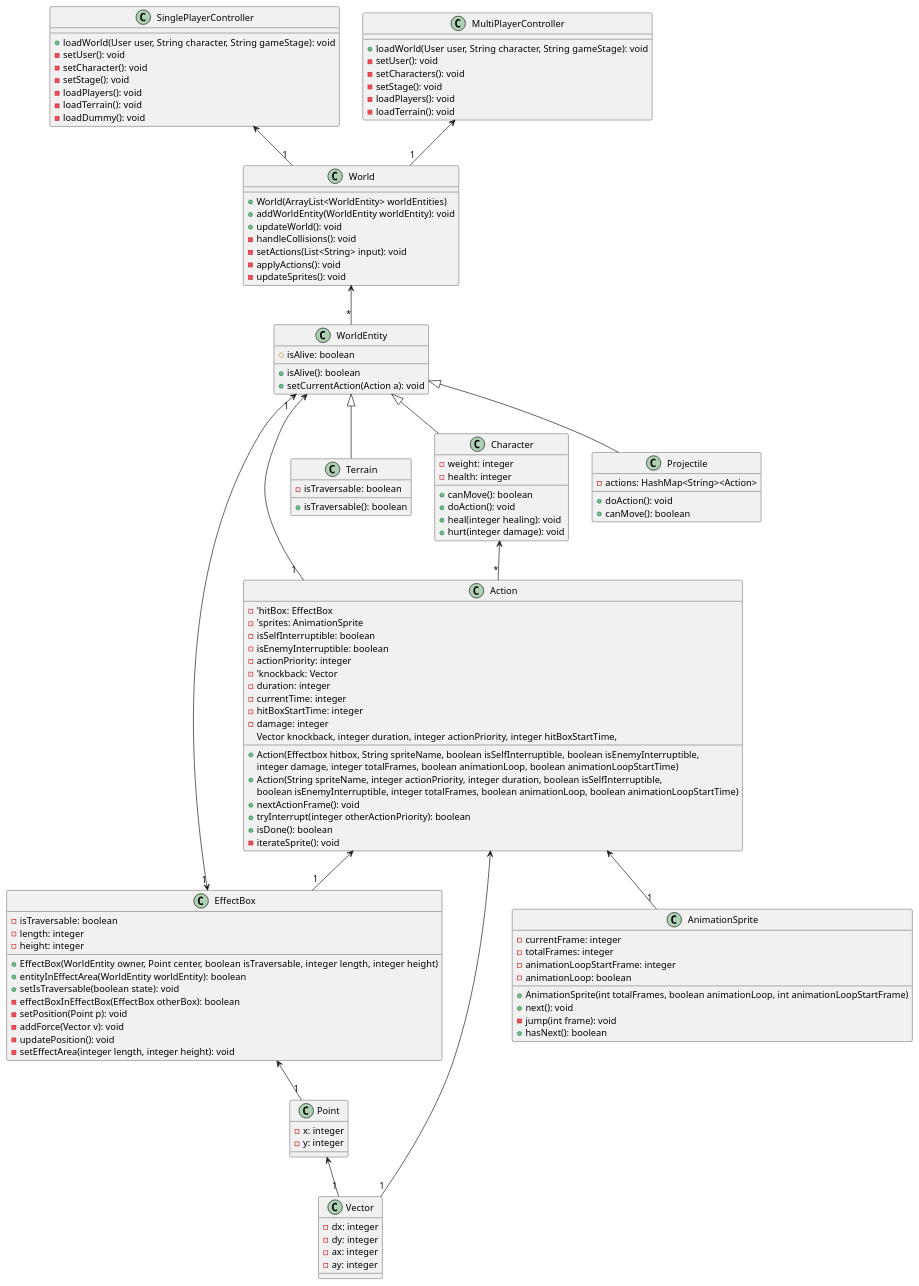
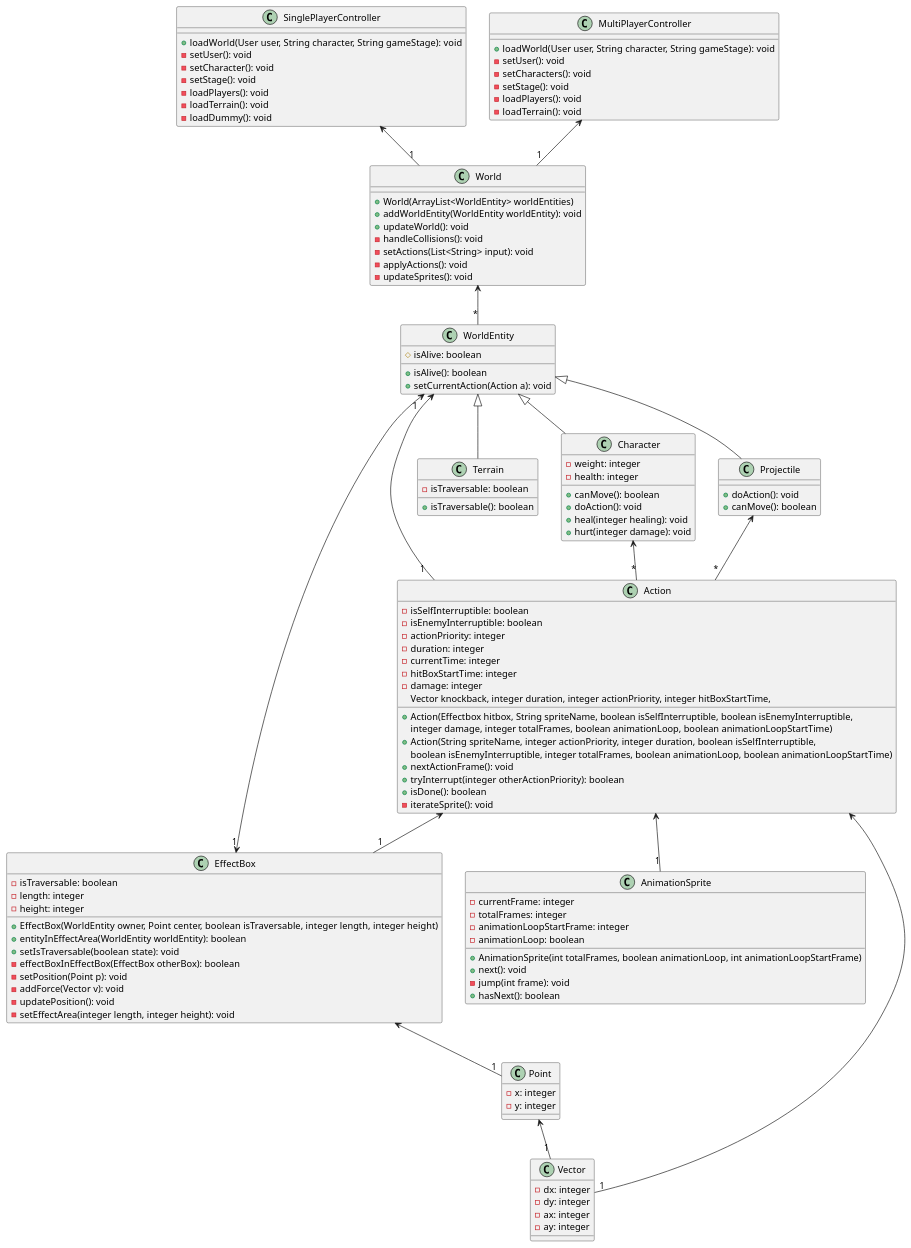
The diagram in gr2201/docs/release2/diagrams/ClassDiagram.puml (sandviklee/NTNU-FIGHTERZ), drawn with PlantUML before and after one commit. The commit also changed 3 other files, not shown here.

```diff
--- a/gr2201/docs/release2/diagrams/ClassDiagram.puml
+++ b/gr2201/docs/release2/diagrams/ClassDiagram.puml
@@ -1,142 +1,143 @@
 @startuml ClassDiagram
 'This class is good to go, all that is required is figuring out visibility of hasNext
 class AnimationSprite {
     - currentFrame: integer
     - totalFrames: integer
     - animationLoopStartFrame: integer
     - animationLoop: boolean
     + AnimationSprite(int totalFrames, boolean animationLoop, int animationLoopStartFrame)
     + next(): void
     - jump(int frame): void
     + hasNext(): boolean
 }
 'First draft
 class SinglePlayerController {
     '- world: World
     + loadWorld(User user, String character, String gameStage): void
     - setUser(): void
     - setCharacter(): void
     - setStage(): void
     - loadPlayers(): void
     - loadTerrain(): void
     - loadDummy(): void
 }
 'First draft
 class MultiPlayerController {
     '- world: World
     + loadWorld(User user, String character, String gameStage): void
     - setUser(): void
     - setCharacters(): void
     - setStage(): void
     - loadPlayers(): void
     - loadTerrain(): void
 }
 'First iteration, done for now.
 class World {
     '- worldEntities: ArrayList<WorldEntity>
     + World(ArrayList<WorldEntity> worldEntities)
     + addWorldEntity(WorldEntity worldEntity): void
     + updateWorld(): void
     - handleCollisions(): void
     - setActions(List<String> input): void
     - applyActions(): void
     - updateSprites(): void
 }
 'Work in progress, current draft, done for now.
 class Action {
-    - 'hitBox: EffectBox
-    - 'sprites: AnimationSprite
+    '- hitBox: EffectBox
+    '- sprites: AnimationSprite
     - isSelfInterruptible: boolean
     - isEnemyInterruptible: boolean
     - actionPriority: integer
-    - 'knockback: Vector
+    '- knockback: Vector
     - duration: integer
     - currentTime: integer
     - hitBoxStartTime: integer
     - damage: integer
     + Action(Effectbox hitbox, String spriteName, boolean isSelfInterruptible, boolean isEnemyInterruptible,
     Vector knockback, integer duration, integer actionPriority, integer hitBoxStartTime,
     integer damage, integer totalFrames, boolean animationLoop, boolean animationLoopStartTime)
     + Action(String spriteName, integer actionPriority, integer duration, boolean isSelfInterruptible,
     boolean isEnemyInterruptible, integer totalFrames, boolean animationLoop, boolean animationLoopStartTime)
     + nextActionFrame(): void
     + tryInterrupt(integer otherActionPriority): boolean
     + isDone(): boolean
     - iterateSprite(): void
 }
 'In progress, will depend on some other classes. Done for now.
 class EffectBox {
     '- owner: WorldEntity
     '- center: Point
     - isTraversable: boolean
     - length: integer
     - height: integer
     + EffectBox(WorldEntity owner, Point center, boolean isTraversable, integer length, integer height)
     + entityInEffectArea(WorldEntity worldEntity): boolean
     + setIsTraversable(boolean state): void
     - effectBoxInEffectBox(EffectBox otherBox): boolean
     - setPosition(Point p): void
     - addForce(Vector v): void
     - updatePosition(): void
     - setEffectArea(integer length, integer height): void
 }
 'Not implemented yet, needs work.
 class Vector {
     - dx: integer
     - dy: integer
     - ax: integer
     - ay: integer
 }
 'Not implemented yet, needs work.
 class Point {
     - x: integer
     - y: integer
     '- speed: Vector
 }
 'Might need id. Deemed unnecessary for now.
 class WorldEntity {
     '# hurtBox: EffectBox
     '# currentAction: Action
     # isAlive: boolean
     + isAlive(): boolean
     + setCurrentAction(Action a): void
 }
 'Done
 class Terrain {
     - isTraversable: boolean
     + isTraversable(): boolean
 }
 'Done for now.
 class Character {
     - weight: integer
     - health: integer
     '- actions: HashMap<String><Action>
     + canMove(): boolean
     + doAction(): void
     + heal(integer healing): void
     + hurt(integer damage): void
 }
 'Unsure about implementation, first draft.
 class Projectile {
-    - actions: HashMap<String><Action>
+    '- actions: HashMap<String><Action>
     + doAction(): void
     + canMove(): boolean
 }
 'ActionLoader class?
 
 SinglePlayerController <-- "1" World
 MultiPlayerController <-- "1" World
 World <-- "*" WorldEntity
 Action <-- "1" EffectBox
 Action <-- "1" Vector
 Action <-- "1" AnimationSprite
 EffectBox <-- "1" Point
 Point <-- "1" Vector
 WorldEntity "1" <--> "1" EffectBox
 WorldEntity <-- "1" Action
 Character <-- "*" Action
+Projectile <-- "*" Action
 WorldEntity <|-- Character
 WorldEntity <|-- Projectile
 WorldEntity <|-- Terrain
 
 @enduml
```
